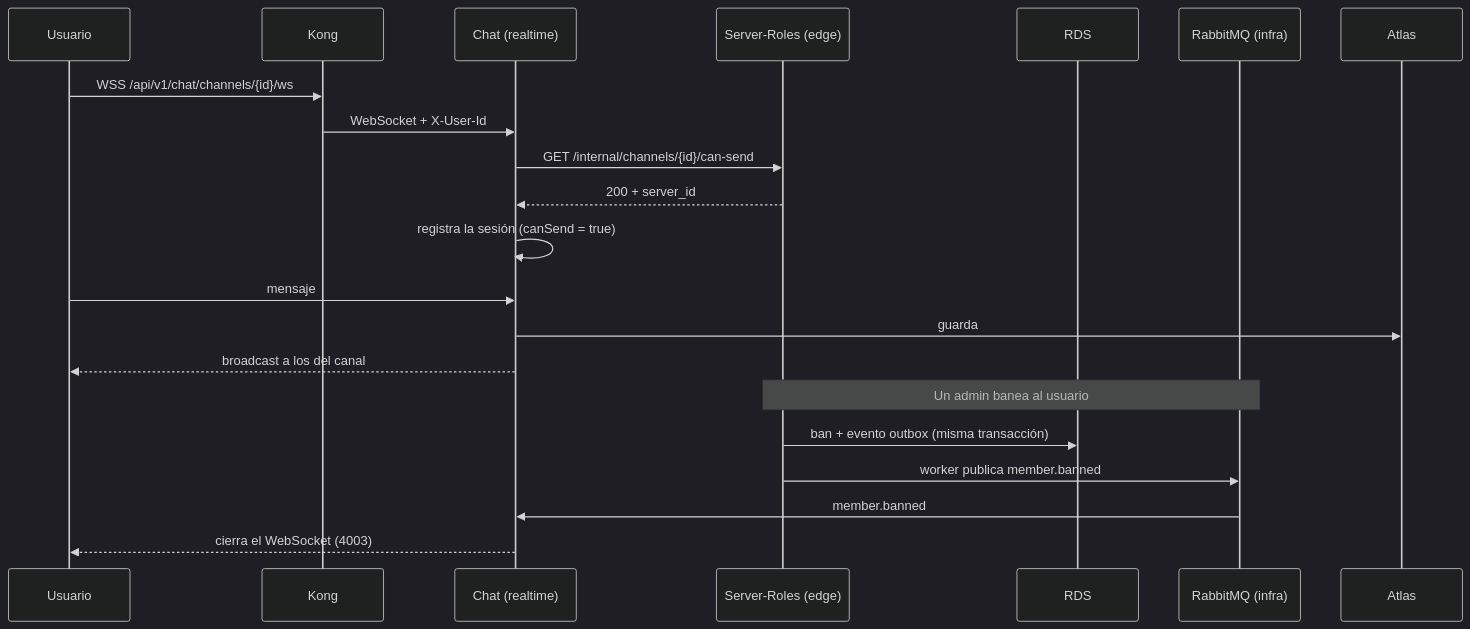
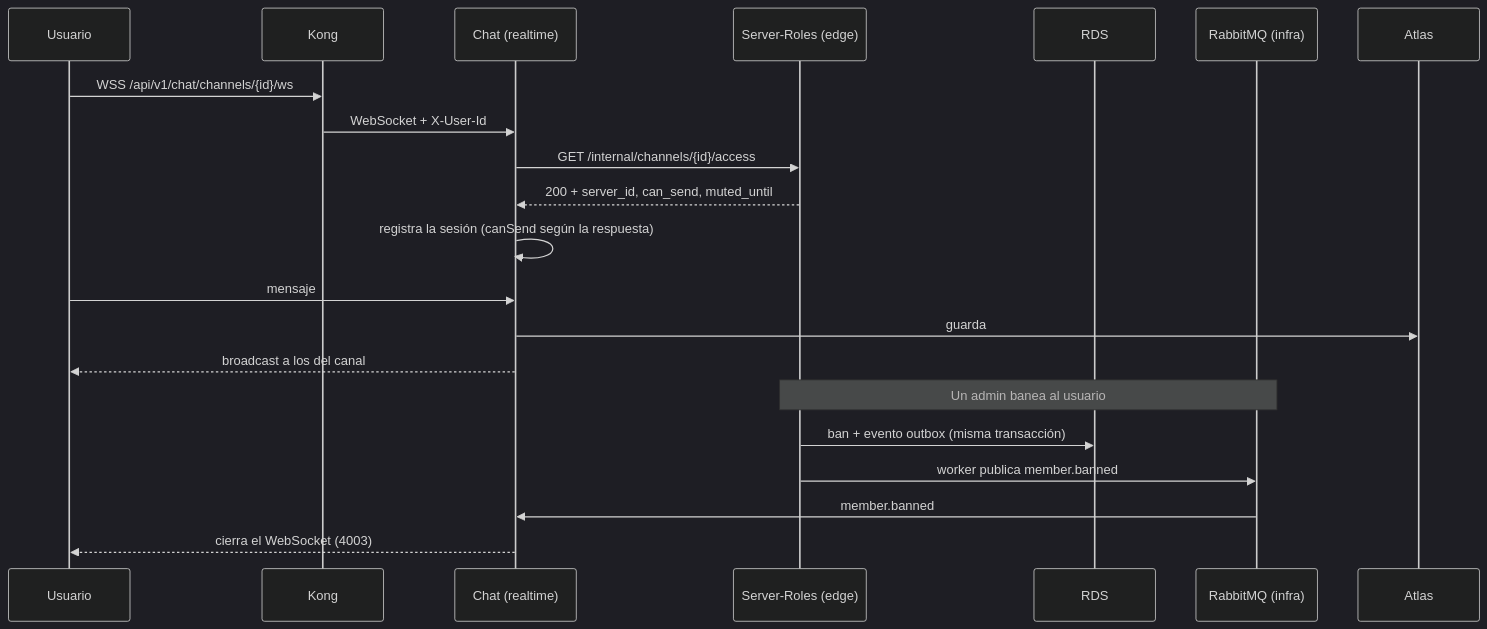
Before and after one commit to discordia-g12/discordia-orchestrator: the fourth of 6 diagrams in docs/ARQUITECTURA.md, drawn with Mermaid (dark theme). The commit also changed other lines of this file and 3 other files, not shown here.

````diff
--- a/docs/ARQUITECTURA.md
+++ b/docs/ARQUITECTURA.md
@@ -337,25 +345,25 @@
 ```mermaid
 sequenceDiagram
     participant U as Usuario
     participant K as Kong
     participant CH as Chat (realtime)
     participant SR as Server-Roles (edge)
     participant DB as RDS
     participant MQ as RabbitMQ (infra)
     participant M as Atlas
 
     U->>K: WSS /api/v1/chat/channels/{id}/ws
     K->>CH: WebSocket + X-User-Id
-    CH->>SR: GET /internal/channels/{id}/can-send
-    SR-->>CH: 200 + server_id
-    CH->>CH: registra la sesión (canSend = true)
+    CH->>SR: GET /internal/channels/{id}/access
+    SR-->>CH: 200 + server_id, can_send, muted_until
+    CH->>CH: registra la sesión (canSend según la respuesta)
     U->>CH: mensaje
     CH->>M: guarda
     CH-->>U: broadcast a los del canal
 
     Note over SR,MQ: Un admin banea al usuario
     SR->>DB: ban + evento outbox (misma transacción)
     SR->>MQ: worker publica member.banned
     MQ->>CH: member.banned
     CH-->>U: cierra el WebSocket (4003)
 ```
````
